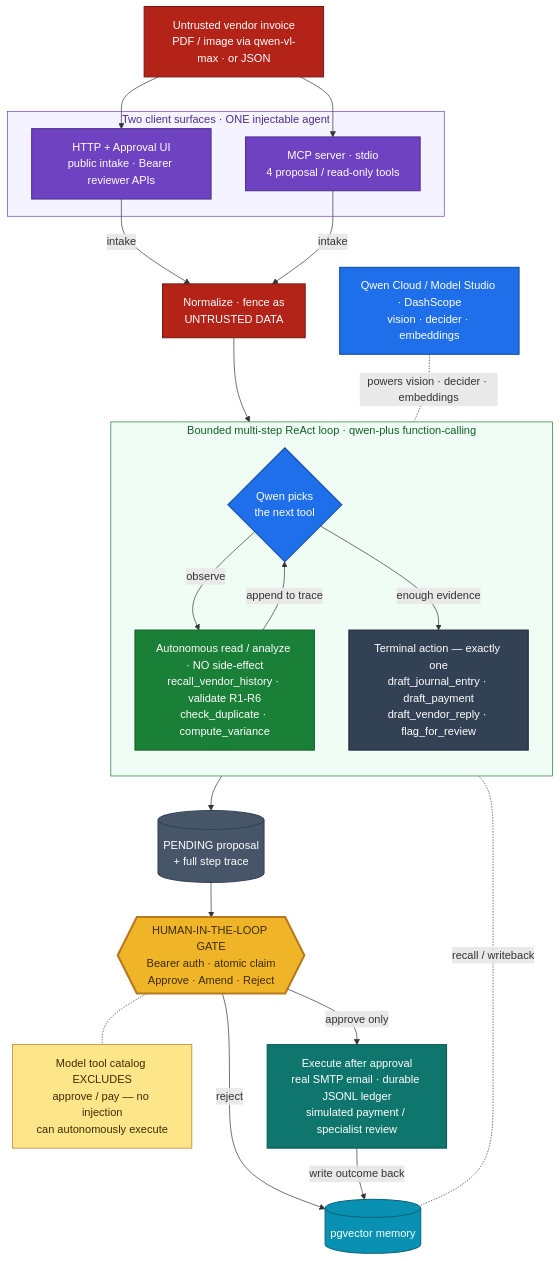
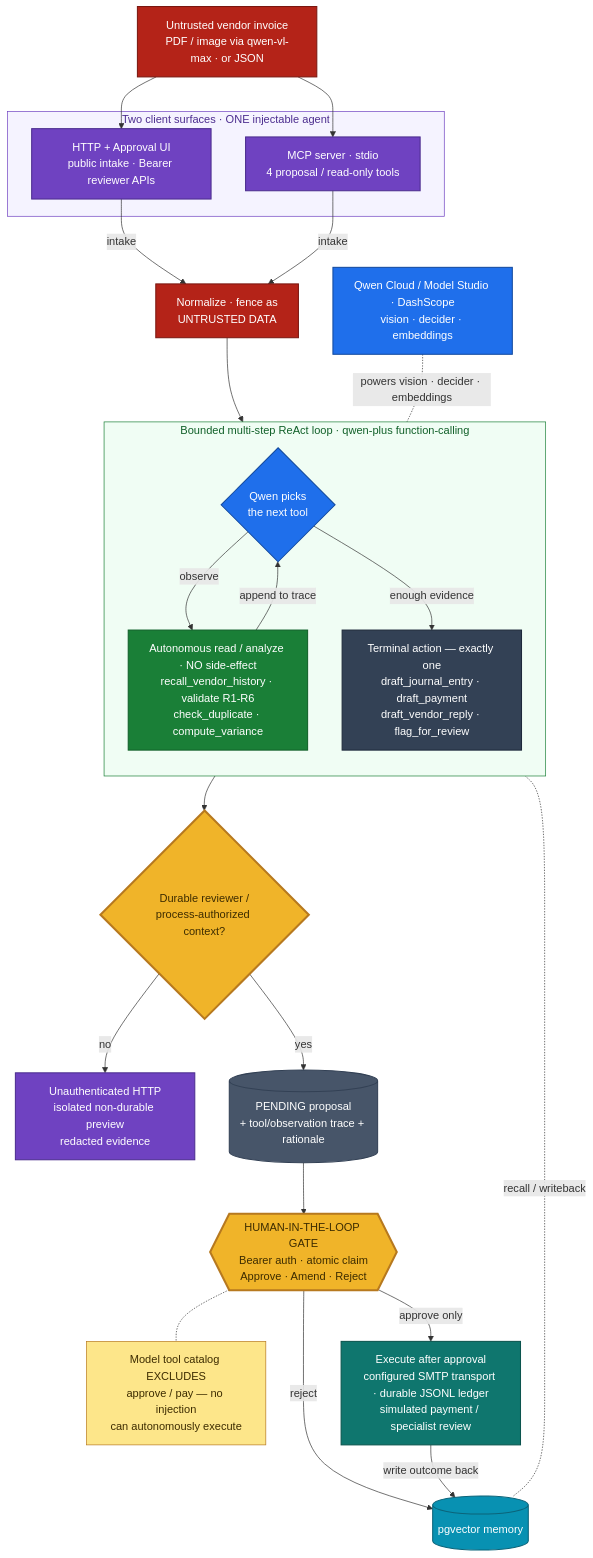
One commit to upgradedev/archon-qwen-autopilot changed the diagram in README.md. Above: the diagram before and after it, drawn with Mermaid. The commit also changed other lines of this file and 142 other files, not shown here.

````diff
--- a/README.md
+++ b/README.md
@@ -150,58 +162,62 @@
 ```mermaid
 flowchart TD
     IN["Untrusted vendor invoice<br/>PDF / image via qwen-vl-max &middot; or JSON"]:::untrusted
 
     subgraph SURF["Two client surfaces &middot; ONE injectable agent"]
       HTTP["HTTP + Approval UI<br/>public intake &middot; Bearer reviewer APIs"]:::surface
       MCP["MCP server &middot; stdio<br/>4 proposal / read-only tools"]:::surface
     end
 
     NORM["Normalize &middot; fence as<br/>UNTRUSTED DATA"]:::untrusted
 
     subgraph LOOP["Bounded multi-step ReAct loop &middot; qwen-plus function-calling"]
       direction TB
       DEC{"Qwen picks<br/>the next tool"}:::ai
       READ["Autonomous read / analyze &middot; NO side-effect<br/>recall_vendor_history &middot; validate R1-R6<br/>check_duplicate &middot; compute_variance"]:::auto
       TERM["Terminal action &mdash; exactly one<br/>draft_journal_entry &middot; draft_payment<br/>draft_vendor_reply &middot; flag_for_review"]:::terminal
       DEC -->|observe| READ
       READ -->|append to trace| DEC
       DEC -->|enough evidence| TERM
     end
 
-    PEND[("PENDING proposal<br/>+ full step trace")]:::pending
+    AUTHZ{"Durable reviewer /<br/>process-authorized context?"}:::gate
+    PREVIEW["Unauthenticated HTTP<br/>isolated non-durable preview<br/>redacted evidence"]:::surface
+    PEND[("PENDING proposal<br/>+ tool/observation trace + rationale")]:::pending
     GATE{{"HUMAN-IN-THE-LOOP GATE<br/>Bearer auth &middot; atomic claim<br/>Approve &middot; Amend &middot; Reject"}}:::gate
     NOTE["Model tool catalog EXCLUDES<br/>approve / pay &mdash; no injection<br/>can autonomously execute"]:::guard
-    EXE["Execute after approval<br/>real SMTP email &middot; durable JSONL ledger<br/>simulated payment / specialist review"]:::exec
+    EXE["Execute after approval<br/>configured SMTP transport &middot; durable JSONL ledger<br/>simulated payment / specialist review"]:::exec
 
     MEM[("pgvector memory")]:::memory
     QWEN["Qwen Cloud / Model Studio &middot; DashScope<br/>vision &middot; decider &middot; embeddings"]:::ai
 
     IN --> HTTP
     IN --> MCP
     HTTP -->|intake| NORM
     MCP -->|intake| NORM
     NORM --> DEC
-    TERM --> PEND
+    TERM --> AUTHZ
+    AUTHZ -->|no| PREVIEW
+    AUTHZ -->|yes| PEND
     PEND --> GATE
     GATE -->|approve only| EXE
     GATE -->|reject| MEM
     EXE -->|write outcome back| MEM
     GATE -.- NOTE
 
     MEM -. recall / writeback .- READ
     QWEN -. powers vision &middot; decider &middot; embeddings .- LOOP
 
     classDef untrusted fill:#b42318,stroke:#7a1710,stroke-width:1.5px,color:#ffffff;
     classDef surface fill:#6f42c1,stroke:#4c2d8f,stroke-width:1.5px,color:#ffffff;
     classDef ai fill:#1f6feb,stroke:#134a9e,stroke-width:1.5px,color:#ffffff;
     classDef auto fill:#1a7f37,stroke:#116029,stroke-width:1.5px,color:#ffffff;
     classDef terminal fill:#334155,stroke:#1e293b,stroke-width:1.5px,color:#ffffff;
     classDef pending fill:#475569,stroke:#334155,stroke-width:1.5px,color:#ffffff;
     classDef gate fill:#f0b429,stroke:#b7791f,stroke-width:3px,color:#3d2c00;
     classDef guard fill:#fde68a,stroke:#b7791f,stroke-width:1px,color:#3d2c00;
     classDef exec fill:#0f766e,stroke:#0b544e,stroke-width:1.5px,color:#ffffff;
     classDef memory fill:#0891b2,stroke:#0b647a,stroke-width:1.5px,color:#ffffff;
 
     style SURF fill:#f5f3ff,stroke:#6f42c1,color:#4c2d8f;
     style LOOP fill:#f0fdf4,stroke:#1a7f37,color:#116029;
 ```
````
